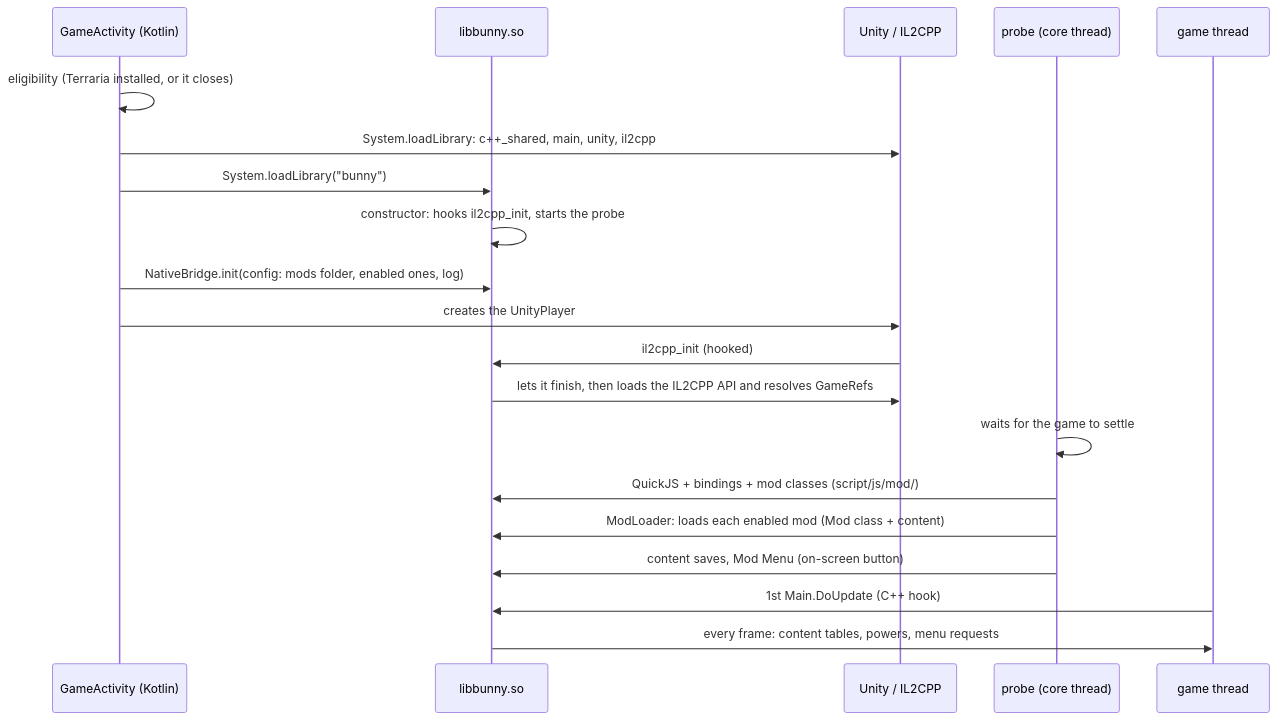
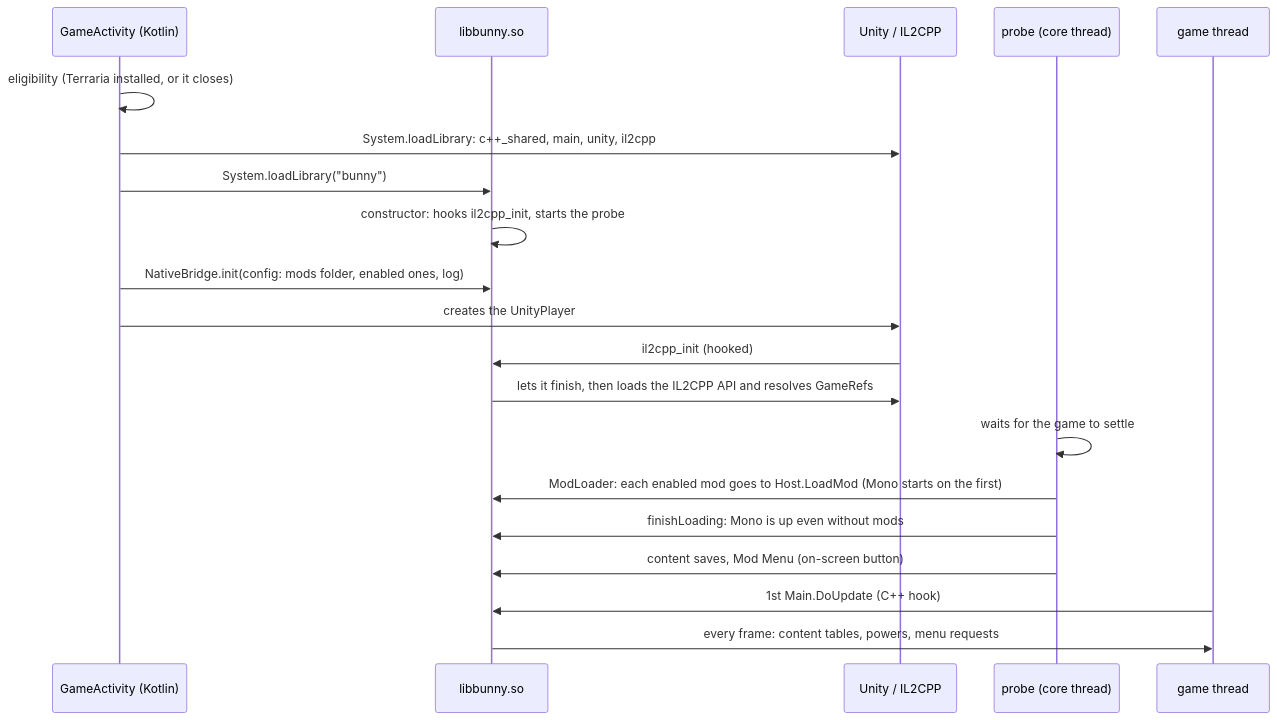
One commit to JonataOliveiraa/Bunny-Loader changed the second of 2 diagrams in docs/nucleo/README.md. Above: the diagram before and after it, drawn with Mermaid. The commit also changed other lines of this file and 33 other files, not shown here.

First line of the commit message:
docs: C# only outside the history; Bunny Loader x tModLoader

````diff
--- a/docs/nucleo/README.md
+++ b/docs/nucleo/README.md
@@ -77,22 +74,22 @@
 ```mermaid
 sequenceDiagram
     participant A as GameActivity (Kotlin)
     participant B as libbunny.so
     participant U as Unity / IL2CPP
     participant S as probe (core thread)
     participant G as game thread
     A->>A: eligibility (Terraria installed, or it closes)
     A->>U: System.loadLibrary: c++_shared, main, unity, il2cpp
     A->>B: System.loadLibrary("bunny")
     B->>B: constructor: hooks il2cpp_init, starts the probe
     A->>B: NativeBridge.init(config: mods folder, enabled ones, log)
     A->>U: creates the UnityPlayer
     U->>B: il2cpp_init (hooked)
     B->>U: lets it finish, then loads the IL2CPP API and resolves GameRefs
     S->>S: waits for the game to settle
-    S->>B: QuickJS + bindings + mod classes (script/js/mod/)
-    S->>B: ModLoader: loads each enabled mod (Mod class + content)
+    S->>B: ModLoader: each enabled mod goes to Host.LoadMod (Mono starts on the first)
+    S->>B: finishLoading: Mono is up even without mods
     S->>B: content saves, Mod Menu (on-screen button)
     G->>B: 1st Main.DoUpdate (C++ hook)
     B->>G: every frame: content tables, powers, menu requests
 ```
````
